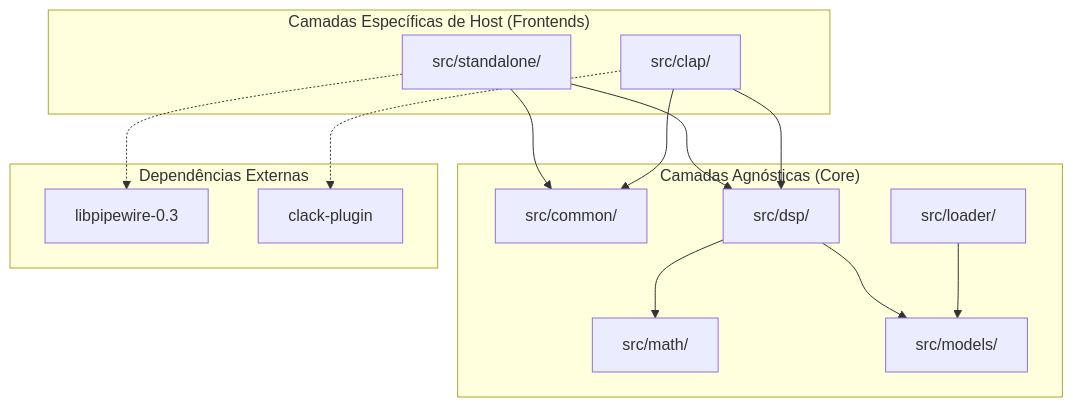
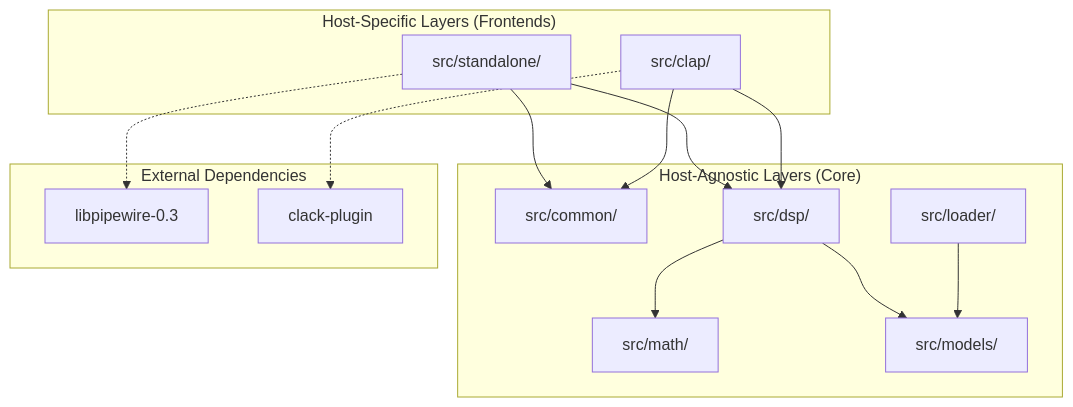
One commit to fabiohl/nam-rs changed the second of 3 diagrams in docs/architecture.md. Above: the diagram before and after it, drawn with Mermaid. The commit also changed other lines of this file and 11 other files, not shown here.

````diff
--- a/docs/architecture.md
+++ b/docs/architecture.md
@@ -137,32 +133,32 @@
 ```mermaid
 graph TD
-    subgraph Host_Specific ["Camadas Específicas de Host (Frontends)"]
+    subgraph Host_Specific ["Host-Specific Layers (Frontends)"]
         Standalone["src/standalone/"]
         CLAP["src/clap/"]
     end
 
-    subgraph Host_Agnostic ["Camadas Agnósticas (Core)"]
+    subgraph Host_Agnostic ["Host-Agnostic Layers (Core)"]
         Common["src/common/"]
         DSP["src/dsp/"]
         Math["src/math/"]
         Models["src/models/"]
         Loader["src/loader/"]
     end
 
     Standalone --> Common
     Standalone --> DSP
     CLAP --> Common
     CLAP --> DSP
 
     DSP --> Math
     DSP --> Models
     Loader --> Models
 
-    subgraph External_Deps ["Dependências Externas"]
+    subgraph External_Deps ["External Dependencies"]
         PW["libpipewire-0.3"]
         Clack["clack-plugin"]
     end
 
     Standalone -.-> PW
     CLAP -.-> Clack
 ```
````
